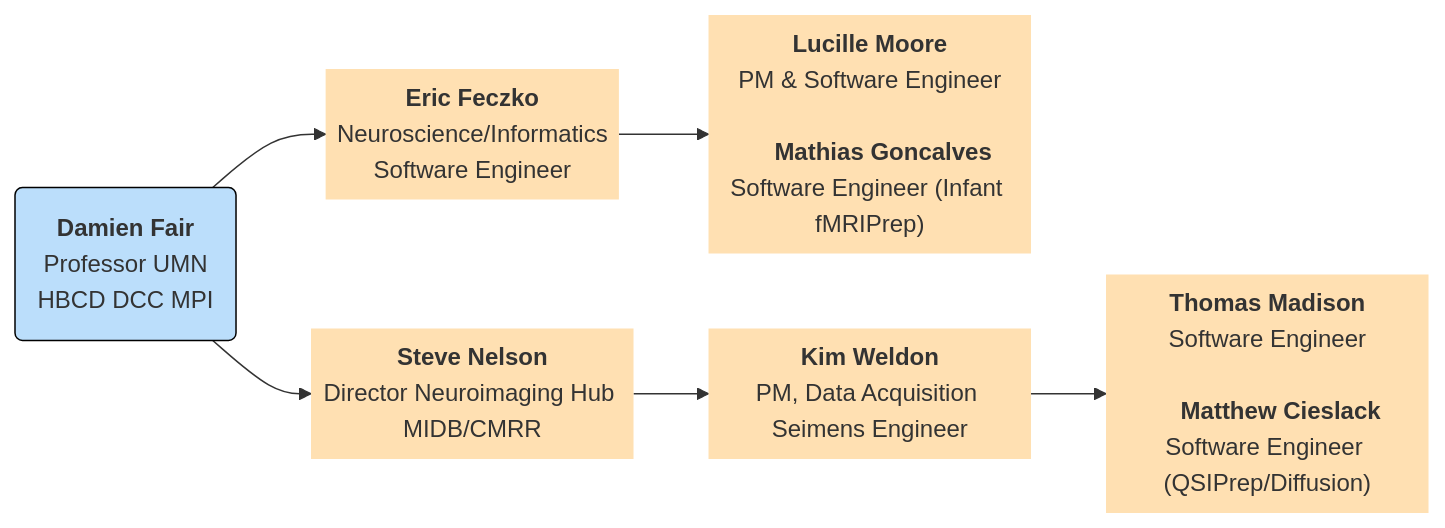
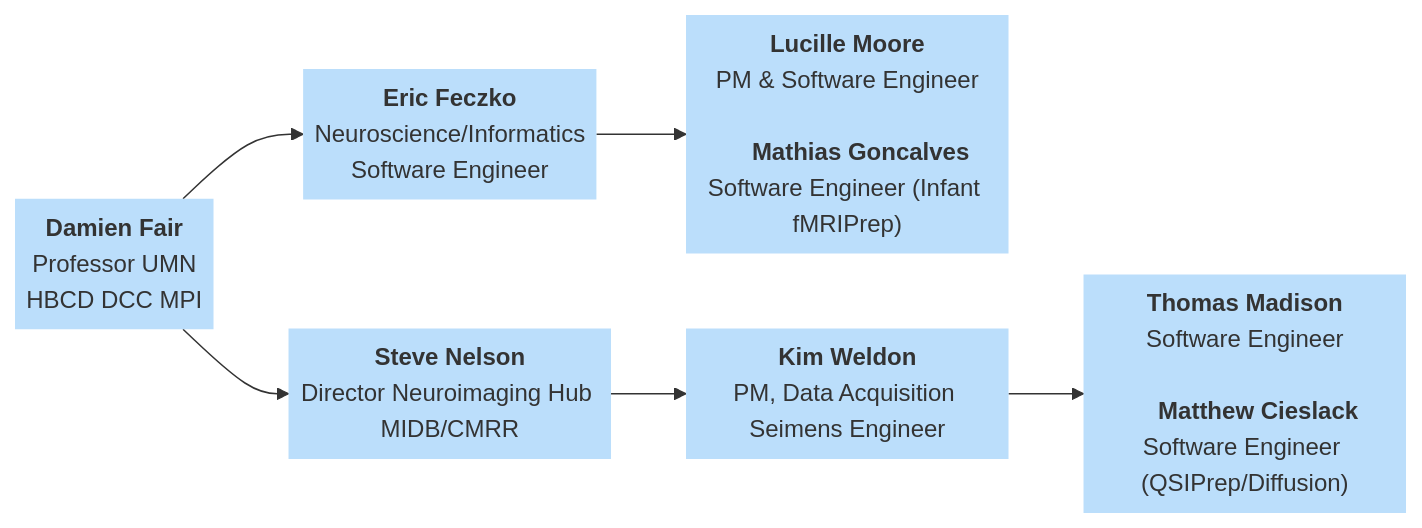
One commit to DCAN-Labs/hbcd-docs-internal changed the sixth of 7 diagrams in docs/orgcharts.md. Above: the diagram before and after it, drawn with Mermaid.

Commit message:
DCAN colors

````diff
--- a/docs/orgcharts.md
+++ b/docs/orgcharts.md
@@ -368,25 +368,25 @@
 ```mermaid
 ---
 config:
   layout: dagre
 ---
 flowchart LR
     D["<b>Damien Fair</b><br>Professor UMN<br>HBCD DCC MPI"] --> S["<b>Eric Feczko</b><br>Neuroscience/Informatics<br>Software Engineer"] & T["<b>Steve Nelson</b><br>Director Neuroimaging Hub MIDB/CMRR"]
     S --> s1["<b>Lucille Moore</b><br>PM &amp; Software Engineer<br>
     <b>Mathias Goncalves</b><br>Software Engineer (Infant fMRIPrep)"]
     T --> t1["<b>Kim Weldon</b><br>PM, Data Acquisition Seimens Engineer"]
     t1 --> t2["<b>Thomas Madison</b><br>Software Engineer<br>
     <b>Matthew Cieslack</b><br>Software Engineer (QSIPrep/Diffusion)"]
-    D@{ shape: rounded}
+    D@{ shape: text}
     S@{ shape: text}
     T@{ shape: text}
     s1@{ shape: text}
     t1@{ shape: text}
     t2@{ shape: text}
     style D stroke:#000000,fill:#BBDEFB
-    style S stroke:#000000,fill:#FFE0B2
-    style T stroke:#000000,fill:#FFE0B2
-    style s1 fill:#FFE0B2
-    style t1 fill:#FFE0B2
-    style t2 fill:#FFE0B2
+    style S stroke:#000000,fill:#BBDEFB
+    style T stroke:#000000,fill:#BBDEFB
+    style s1 fill:#BBDEFB
+    style t1 fill:#BBDEFB
+    style t2 fill:#BBDEFB
 ```
````
